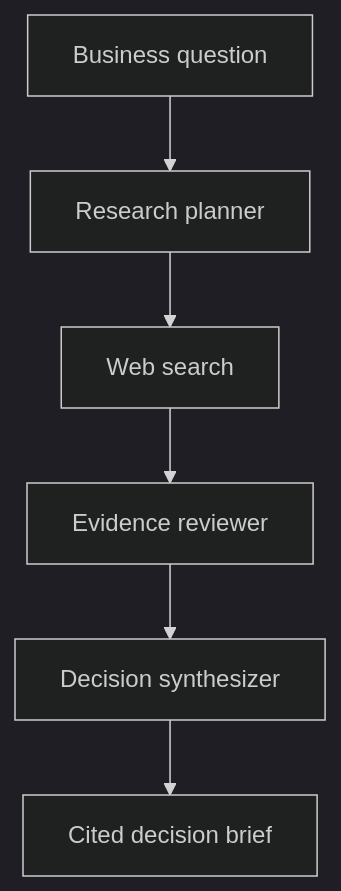
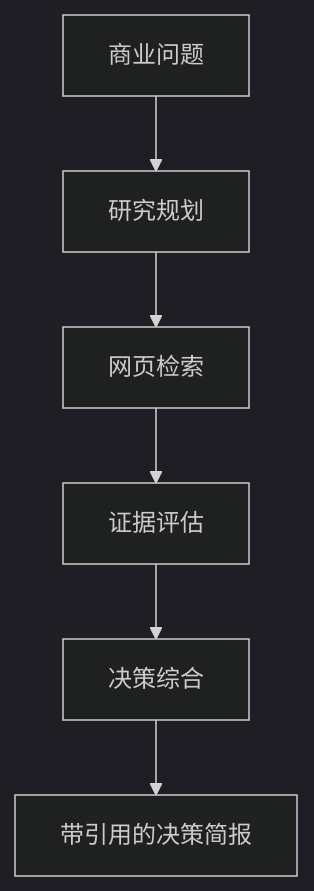
One commit to jeffreyzhjin/business-research-decision-agent changed the diagram in README.md. Above: the diagram before and after it, drawn with Mermaid (dark theme). The commit also changed other lines of this file and 4 other files, not shown here.

````diff
--- a/README.md
+++ b/README.md
@@ -24,8 +44,8 @@
 ```mermaid
 flowchart TD
-    A[Business question] --> B[Research planner]
-    B --> C[Web search]
-    C --> D[Evidence reviewer]
-    D --> E[Decision synthesizer]
-    E --> F[Cited decision brief]
+    A[商业问题] --> B[研究规划]
+    B --> C[网页检索]
+    C --> D[证据评估]
+    D --> E[决策综合]
+    E --> F[带引用的决策简报]
 ```
````
